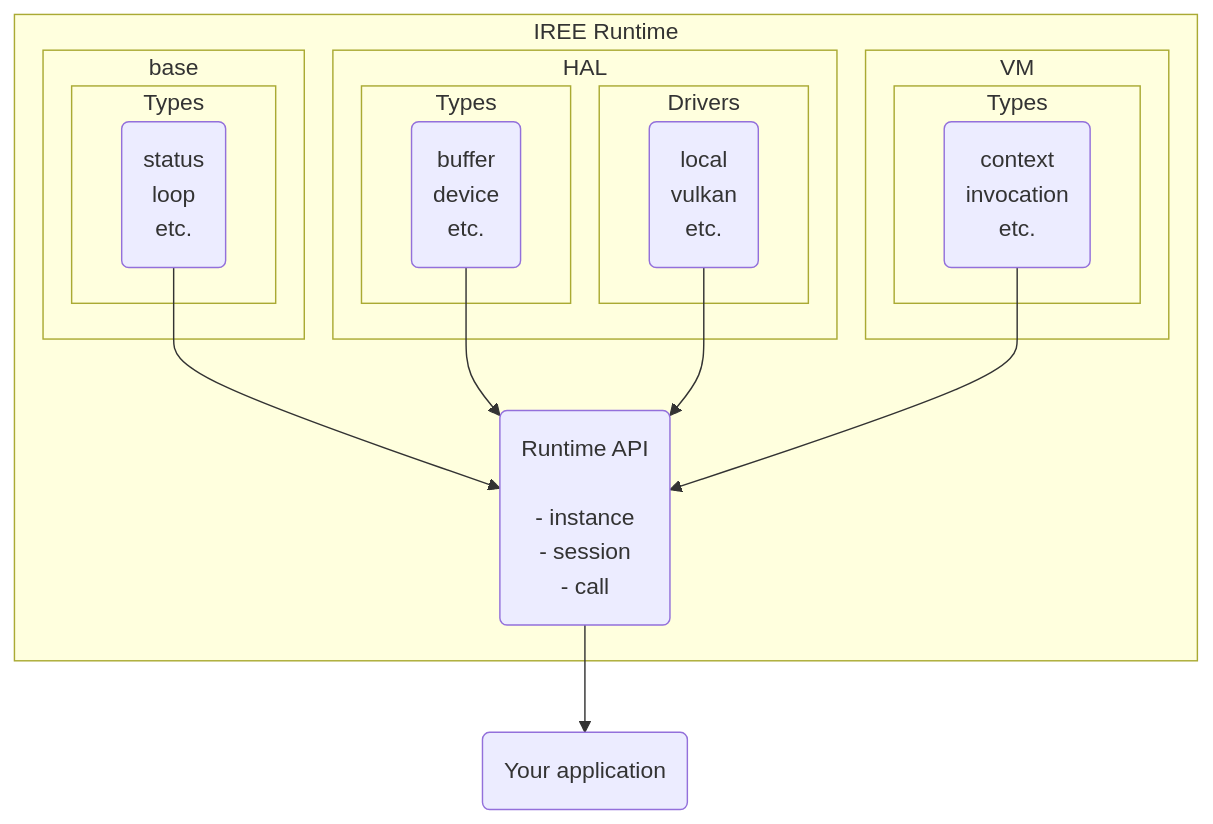
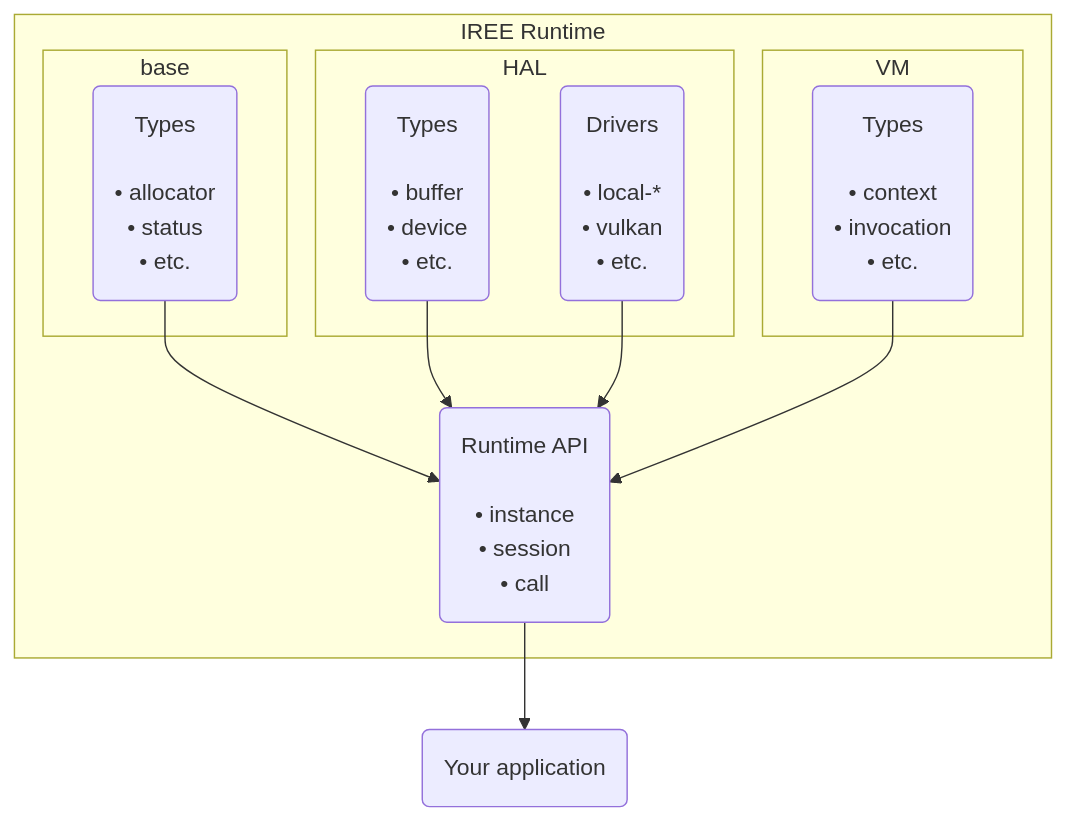
The second of 3 diagrams in docs/website/docs/reference/bindings/c-api.md (ScottTodd/iree), drawn with Mermaid before and after one commit. The commit also changed other lines of this file, not shown here.

Commit message:
Polish diagrams, add high level and low level runtime API diagrams.

````diff
--- a/docs/website/docs/reference/bindings/c-api.md
+++ b/docs/website/docs/reference/bindings/c-api.md
@@ -62,38 +78,44 @@
-```mermaid
-graph TD
-  subgraph iree_runtime[IREE Runtime]
-    subgraph base
-        subgraph Base_Types[Types]
-            base_types(status<br>loop<br>etc.)
+    ```mermaid
+    graph TD
+    subgraph iree_runtime[IREE Runtime]
+        subgraph base
+            base_types("Types
+
+            • allocator
+            • status
+            • etc.")
         end
-    end
-    subgraph hal[HAL]
-        subgraph HAL_Types[Types]
-            hal_types(buffer<br>device<br>etc.)
+        subgraph hal[HAL]
+            hal_types("Types
+
+            • buffer
+            • device
+            • etc.")
+
+            hal_drivers("Drivers
+
+            • local-*
+            • vulkan
+            • etc.")
         end
-        subgraph HAL_Drivers[Drivers]
-            hal_drivers(local<br>vulkan<br>etc.)
+        subgraph vm[VM]
+            vm_types("Types
+
+            • context
+            • invocation
+            • etc.")
         end
-    end
-    subgraph vm[VM]
-        subgraph VM_Types[Types]
-            vm_types(context<br>invocation<br>etc.)
-        end
+
+        runtime_api("Runtime API
+
+        • instance
+        • session
+        • call")
+
+        base_types & hal_types & hal_drivers & vm_types --> runtime_api
     end
 
-    runtime_api("Runtime API
+    application(Your application)
 
-    - instance
-    - session
-    - call")
-
-    base_types --> runtime_api
-    hal_types --> runtime_api
-    hal_drivers --> runtime_api
-    vm_types --> runtime_api
-  end
-
-  application(Your application)
-
-  runtime_api --> application
-```
+    runtime_api --> application
+    ```
````
